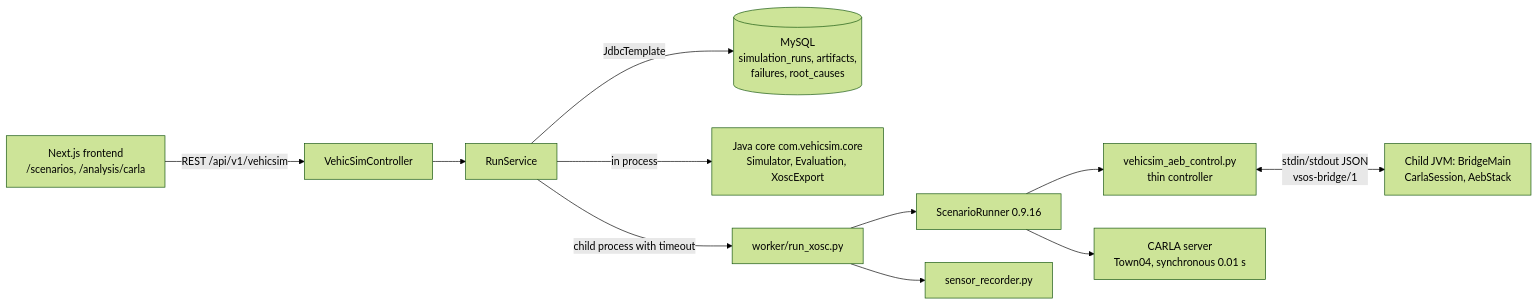
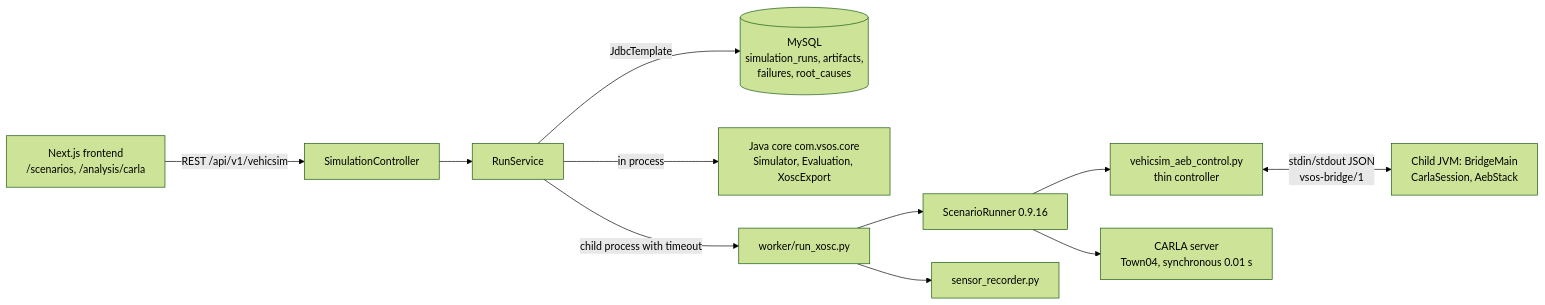
The second of 7 diagrams in docs/vehicsim/report7-baseline-screen-en.md (Menakanchi/SEP490-FA26-G15), drawn with Mermaid (forest theme) before and after one commit. The commit also changed other lines of this file and 502 other files, not shown here.

First line of the commit message:
refactor: đặt lại gói theo quy tắc com.vsos.<module>.<tầng>.<chức năng>

````diff
--- a/docs/vehicsim/report7-baseline-screen-en.md
+++ b/docs/vehicsim/report7-baseline-screen-en.md
@@ -162,13 +162,13 @@
 ```mermaid
 flowchart LR
-  FE["Next.js frontend<br/>/scenarios, /analysis/carla"] -->|"REST /api/v1/vehicsim"| C["VehicSimController"]
+  FE["Next.js frontend<br/>/scenarios, /analysis/carla"] -->|"REST /api/v1/vehicsim"| C["SimulationController"]
   C --> RS["RunService"]
   RS -->|"JdbcTemplate"| DB[("MySQL<br/>simulation_runs, artifacts,<br/>failures, root_causes")]
-  RS -->|"in process"| K["Java core com.vehicsim.core<br/>Simulator, Evaluation, XoscExport"]
+  RS -->|"in process"| K["Java core com.vsos.core<br/>Simulator, Evaluation, XoscExport"]
   RS -->|"child process with timeout"| RX["worker/run_xosc.py"]
   RX --> SR["ScenarioRunner 0.9.16"]
   SR --> CT["vehicsim_aeb_control.py<br/>thin controller"]
   RX --> SN["sensor_recorder.py"]
   CT <-->|"stdin/stdout JSON<br/>vsos-bridge/1"| BR["Child JVM: BridgeMain<br/>CarlaSession, AebStack"]
   SR --> CA["CARLA server<br/>Town04, synchronous 0.01 s"]
 ```
````
